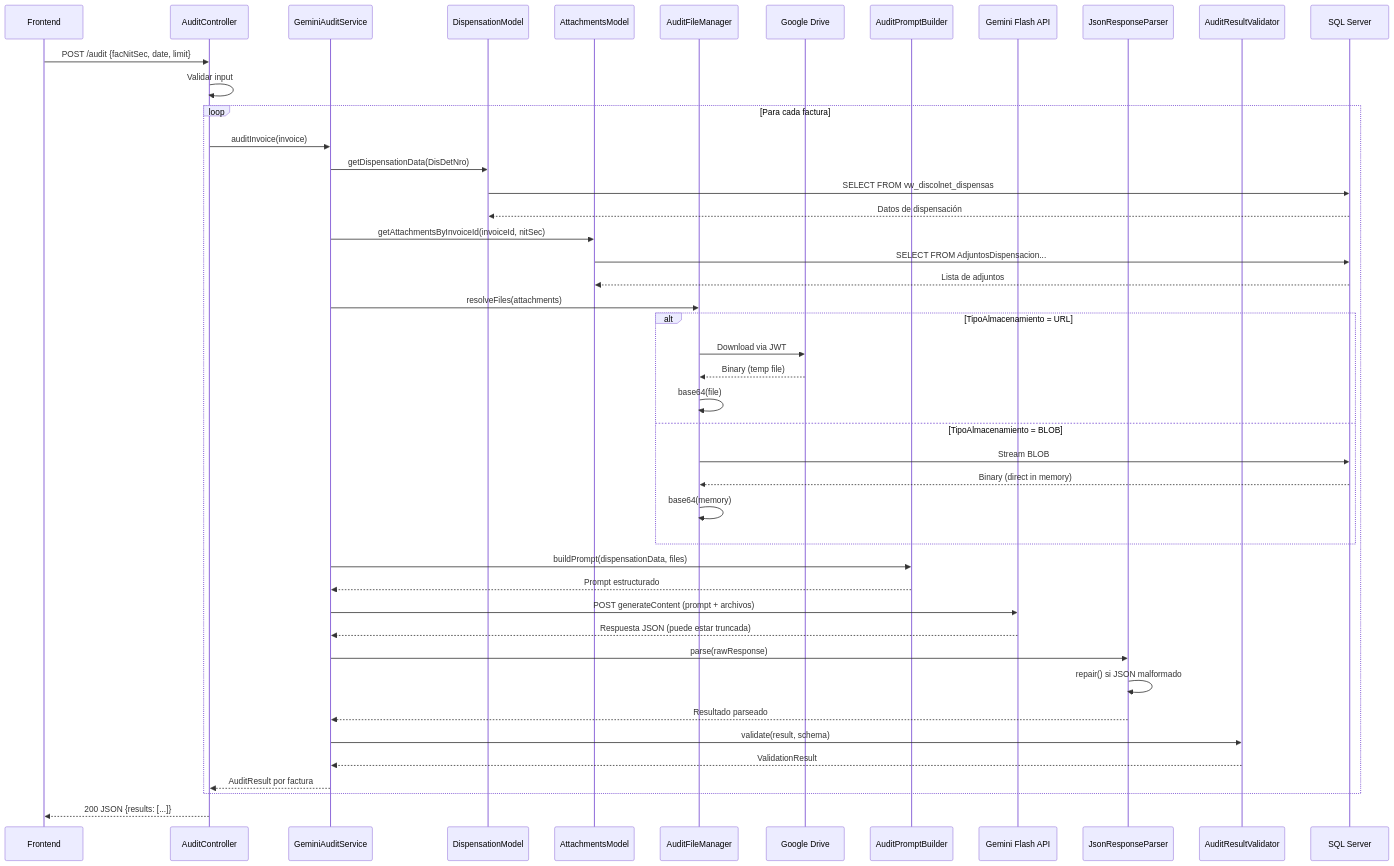
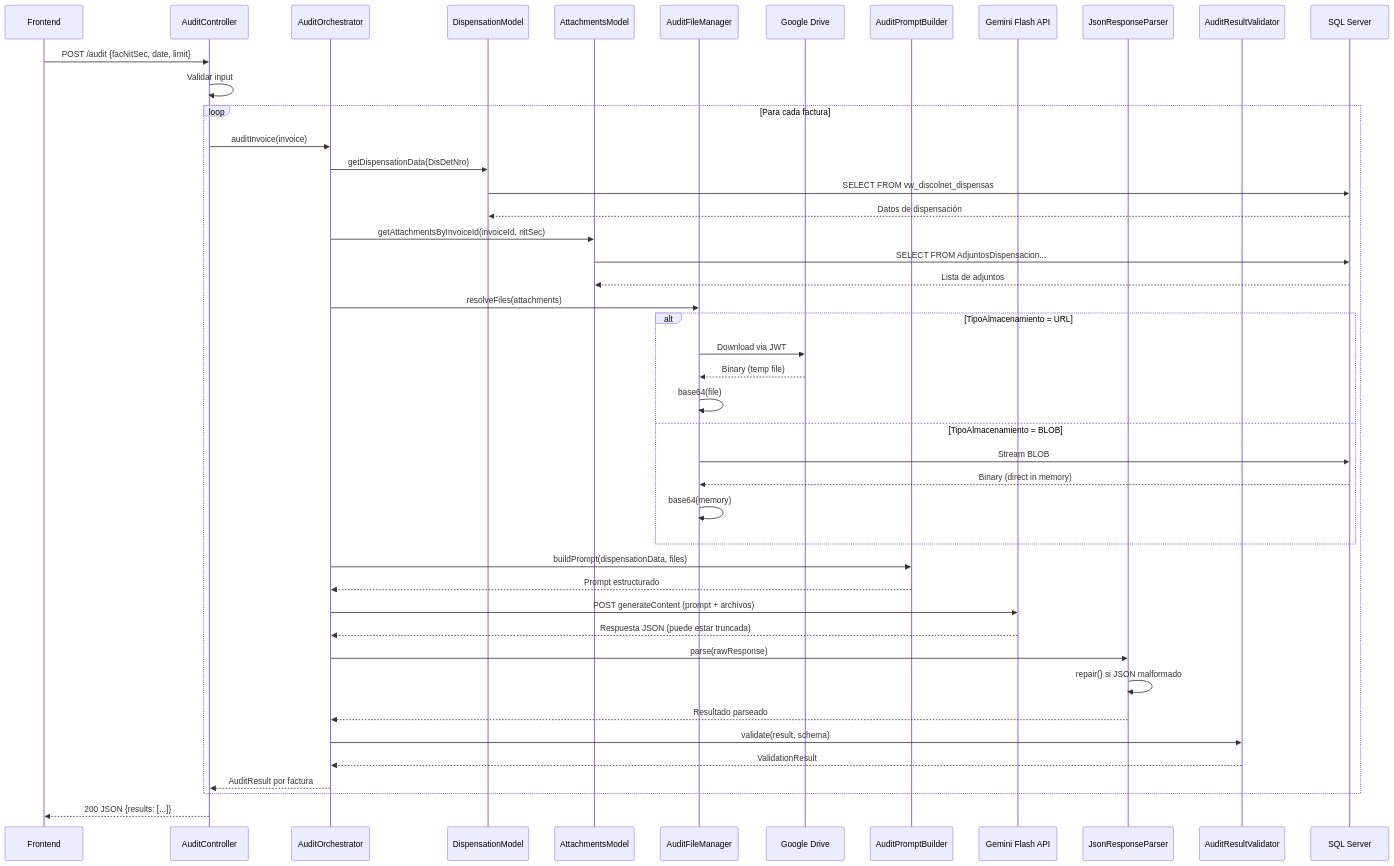
Before and after one commit to jfrem/AudFact: the second of 4 diagrams in plans/data-flows.md, drawn with Mermaid. The commit also changed other lines of this file and 33 other files, not shown here.

````diff
--- a/plans/data-flows.md
+++ b/plans/data-flows.md
@@ -54,57 +54,57 @@
 ```mermaid
 sequenceDiagram
     participant U as Frontend
     participant AC as AuditController
-    participant GAS as GeminiAuditService
+    participant AO as AuditOrchestrator
     participant DM as DispensationModel
     participant AM as AttachmentsModel
     participant AFM as AuditFileManager
     participant GD as Google Drive
     participant APB as AuditPromptBuilder
     participant G as Gemini Flash API
     participant JRP as JsonResponseParser
     participant ARV as AuditResultValidator
     participant DB as SQL Server
 
     U->>AC: POST /audit {facNitSec, date, limit}
     AC->>AC: Validar input
 
     loop Para cada factura
-        AC->>GAS: auditInvoice(invoice)
-        GAS->>DM: getDispensationData(DisDetNro)
+        AC->>AO: auditInvoice(invoice)
+        AO->>DM: getDispensationData(DisDetNro)
         DM->>DB: SELECT FROM vw_discolnet_dispensas
         DB-->>DM: Datos de dispensación
 
-        GAS->>AM: getAttachmentsByInvoiceId(invoiceId, nitSec)
+        AO->>AM: getAttachmentsByInvoiceId(invoiceId, nitSec)
         AM->>DB: SELECT FROM AdjuntosDispensacion...
         DB-->>AM: Lista de adjuntos
 
-        GAS->>AFM: resolveFiles(attachments)
+        AO->>AFM: resolveFiles(attachments)
         alt TipoAlmacenamiento = URL
             AFM->>GD: Download via JWT
             GD-->>AFM: Binary (temp file)
             AFM->>AFM: base64(file)
         else TipoAlmacenamiento = BLOB
             AFM->>DB: Stream BLOB
             DB-->>AFM: Binary (direct in memory)
             AFM->>AFM: base64(memory)
         end
 
-        GAS->>APB: buildPrompt(dispensationData, files)
-        APB-->>GAS: Prompt estructurado
+        AO->>APB: buildPrompt(dispensationData, files)
+        APB-->>AO: Prompt estructurado
 
-        GAS->>G: POST generateContent (prompt + archivos)
-        G-->>GAS: Respuesta JSON (puede estar truncada)
+        AO->>G: POST generateContent (prompt + archivos)
+        G-->>AO: Respuesta JSON (puede estar truncada)
 
-        GAS->>JRP: parse(rawResponse)
+        AO->>JRP: parse(rawResponse)
         JRP->>JRP: repair() si JSON malformado
-        JRP-->>GAS: Resultado parseado
+        JRP-->>AO: Resultado parseado
 
-        GAS->>ARV: validate(result, schema)
-        ARV-->>GAS: ValidationResult
+        AO->>ARV: validate(result, schema)
+        ARV-->>AO: ValidationResult
 
-        GAS-->>AC: AuditResult por factura
+        AO-->>AC: AuditResult por factura
     end
 
     AC-->>U: 200 JSON {results: [...]}
 ```
````
